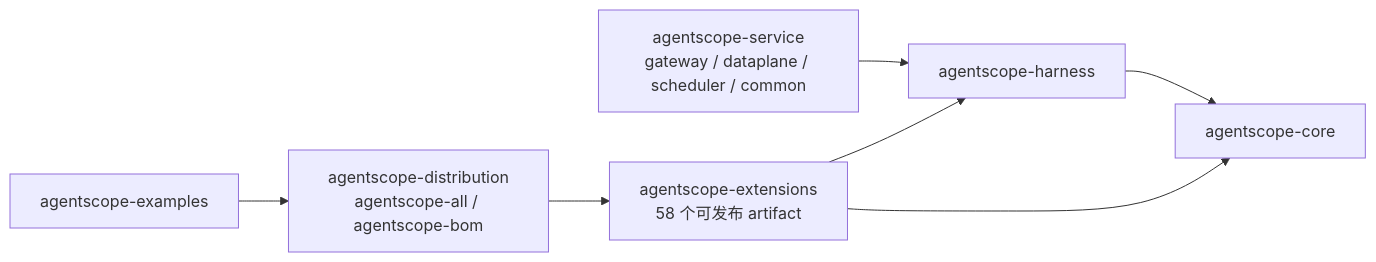
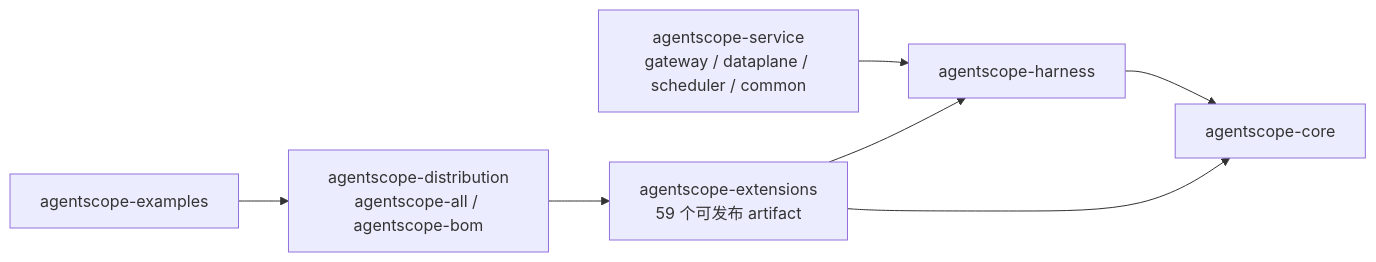
One commit to liulangjietou/AgentScope-source-analysis changed the first of 2 diagrams in 01-模块全景与依赖拓扑.md. Above: the diagram before and after it, drawn with Mermaid. The commit also changed other lines of this file and 9 other files, not shown here.

````diff
--- a/01-模块全景与依赖拓扑.md
+++ b/01-模块全景与依赖拓扑.md
@@ -22,9 +22,9 @@
 ```mermaid
 flowchart LR
     EX["agentscope-examples"] --> DIST["agentscope-distribution<br/>agentscope-all / agentscope-bom"]
     SVC["agentscope-service<br/>gateway / dataplane / scheduler / common"] --> HARNESS
-    DIST --> EXTS["agentscope-extensions<br/>58 个可发布 artifact"]
+    DIST --> EXTS["agentscope-extensions<br/>59 个可发布 artifact"]
     EXTS --> HARNESS["agentscope-harness"]
     EXTS --> CORE["agentscope-core"]
     HARNESS --> CORE
 ```
````
